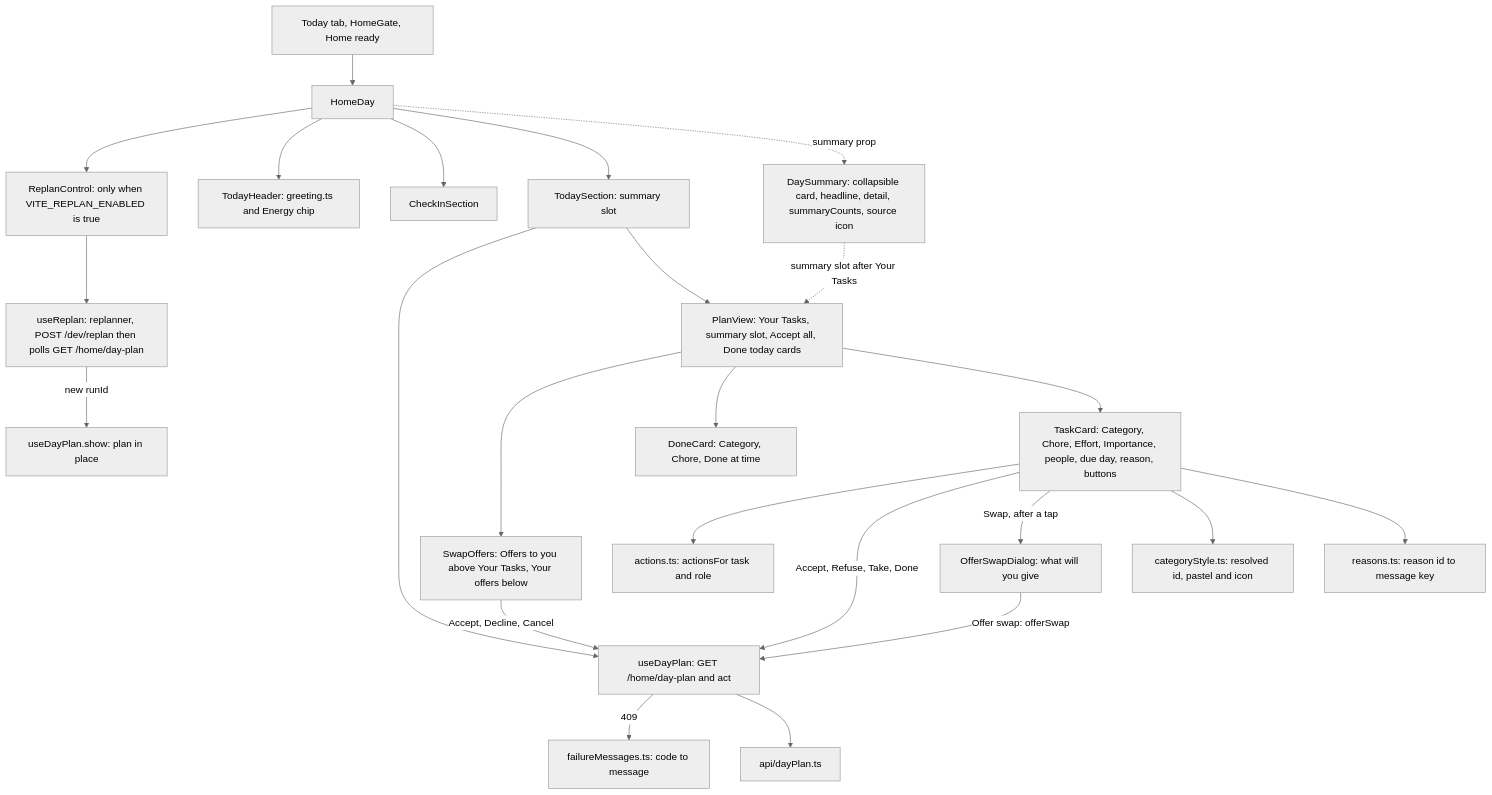
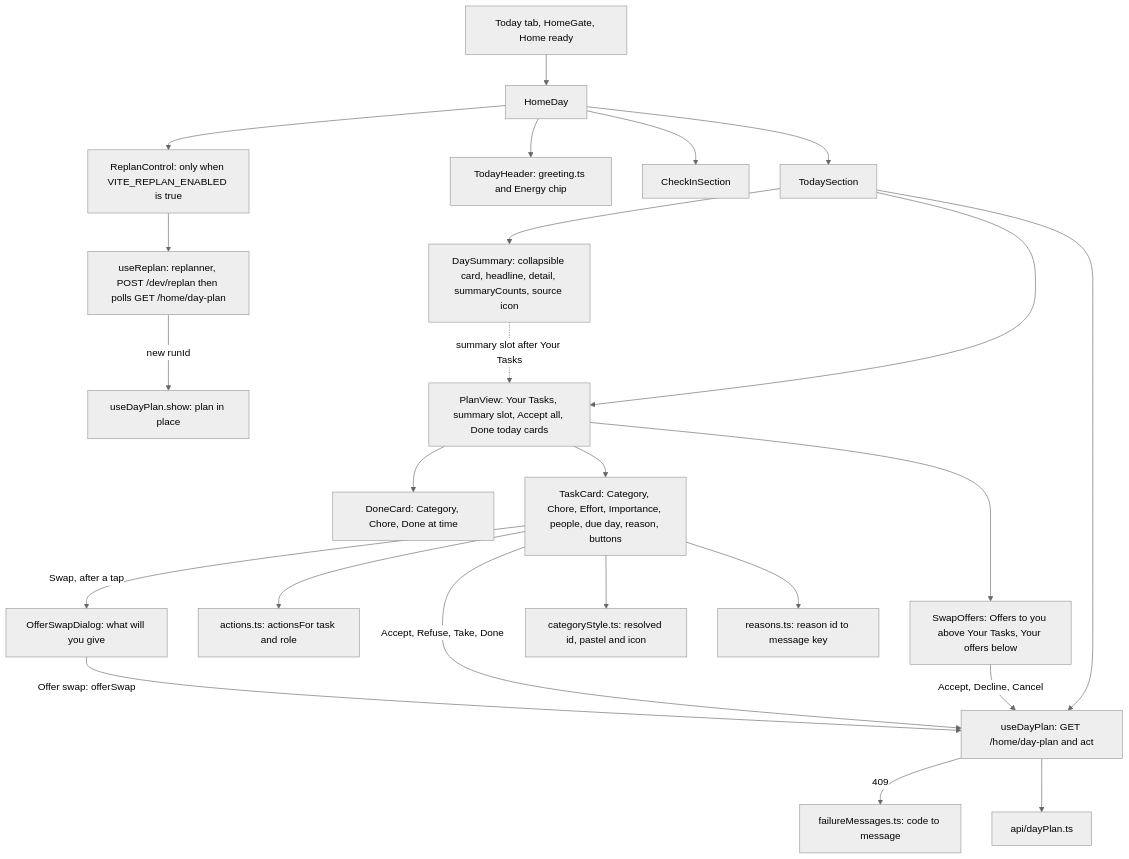
The ninth of 11 diagrams in docs/architecture/web.md (AbnerWillclefy/Homeowner), drawn with Mermaid (neutral theme) before and after one commit. The commit also changed other lines of this file and 6 other files, not shown here.

Commit message:
refactor(dayplan): render the day summary in PlanView and index the source map directly

````diff
--- a/docs/architecture/web.md
+++ b/docs/architecture/web.md
@@ -457,26 +457,26 @@
 ```mermaid
 flowchart TD
     HS[Today tab, HomeGate, Home ready] --> HD[HomeDay]
     HD --> RC[ReplanControl: only when VITE_REPLAN_ENABLED is true]
     RC --> UR[useReplan: replanner, POST /dev/replan then polls GET /home/day-plan]
     UR -->|new runId| SHOW[useDayPlan.show: plan in place]
     HD --> TH[TodayHeader: greeting.ts and Energy chip]
     HD --> CI[CheckInSection]
-    HD --> TS[TodaySection: summary slot]
-    HD -.->|summary prop| DS[DaySummary: collapsible card, headline, detail, summaryCounts, source icon]
+    HD --> TS[TodaySection]
+    TS --> DS[DaySummary: collapsible card, headline, detail, summaryCounts, source icon]
     TS --> UD[useDayPlan: GET /home/day-plan and act]
     TS --> PV[PlanView: Your Tasks, summary slot, Accept all, Done today cards]
     DS -.->|summary slot after Your Tasks| PV
     PV --> SO[SwapOffers: Offers to you above Your Tasks, Your offers below]
     SO -->|Accept, Decline, Cancel| UD
     PV --> DC[DoneCard: Category, Chore, Done at time]
     PV --> TC[TaskCard: Category, Chore, Effort, Importance, people, due day, reason, buttons]
     TC --> AC[actions.ts: actionsFor task and role]
     TC -->|Accept, Refuse, Take, Done| UD
     TC -->|Swap, after a tap| OD[OfferSwapDialog: what will you give]
     OD -->|Offer swap: offerSwap| UD
     UD -->|409| FM[failureMessages.ts: code to message]
     TC --> CS[categoryStyle.ts: resolved id, pastel and icon]
     TC --> R[reasons.ts: reason id to message key]
     UD --> API[api/dayPlan.ts]
 ```
````
